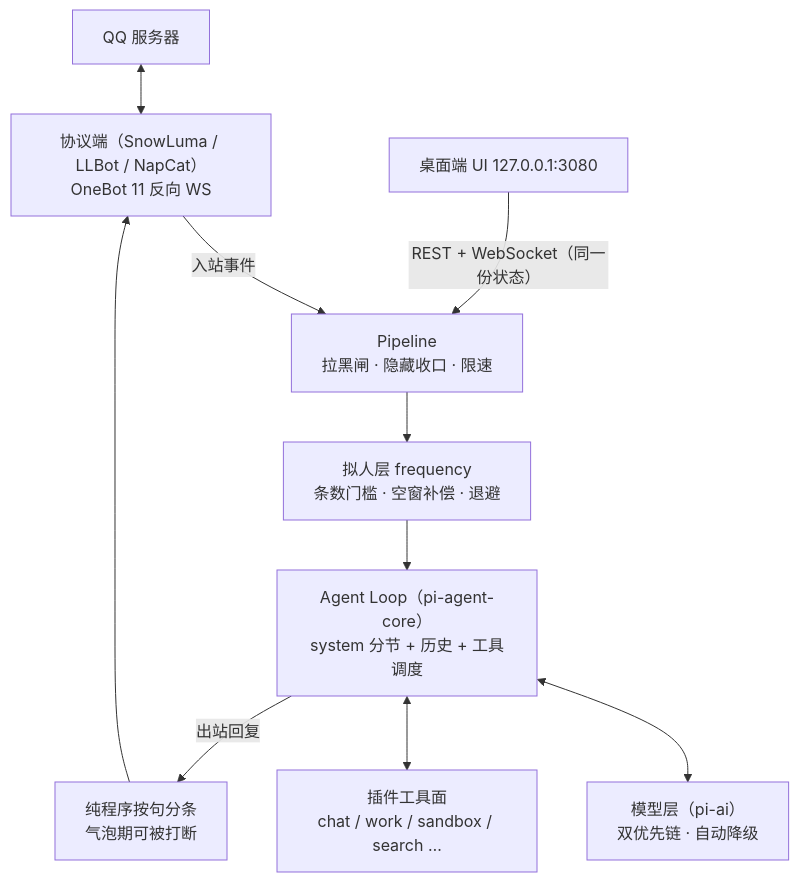
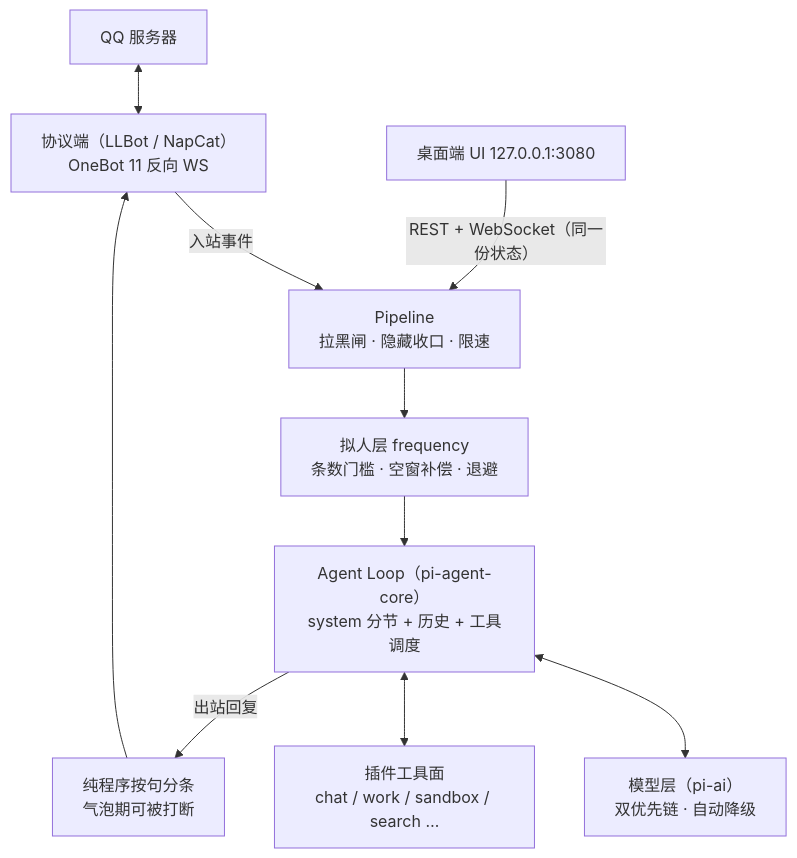
One commit to DDNdles/Parallelbot changed the diagram in README.md. Above: the diagram before and after it, drawn with Mermaid. The commit also changed other lines of this file and 15 other files, not shown here.

Commit message:
拆除 SnowLuma（默认端回到 LLBot 有头）+ 预期账号不再前置：登哪个就是哪个（适配器本就 expectedQq 为空不设限，账号守卫与快速登录降级为可选）；设置页换端胶囊保留两档；登录门继续显示托管端拦截原因；测试钉独立桌面端口（3080 被真内核占用时不再裸撞）

````diff
--- a/README.md
+++ b/README.md
@@ -140,11 +139,11 @@
 ```mermaid
 flowchart TB
-    QQS["QQ 服务器"] <--> PROTO["协议端（SnowLuma / LLBot / NapCat）<br/>OneBot 11 反向 WS"]
+    QQS["QQ 服务器"] <--> PROTO["协议端（LLBot / NapCat）<br/>OneBot 11 反向 WS"]
     PROTO -- "入站事件" --> PIPE["Pipeline<br/>拉黑闸 · 隐藏收口 · 限速"]
     PIPE --> GATE["拟人层 frequency<br/>条数门槛 · 空窗补偿 · 退避"]
     GATE --> LOOP["Agent Loop（pi-agent-core）<br/>system 分节 + 历史 + 工具调度"]
     LOOP <--> LLM["模型层（pi-ai）<br/>双优先链 · 自动降级"]
     LOOP <--> PLUG["插件工具面<br/>chat / work / sandbox / search …"]
     LOOP -- "出站回复" --> DELIV["纯程序按句分条<br/>气泡期可被打断"] --> PROTO
     UI["桌面端 UI 127.0.0.1:3080"] -- "REST + WebSocket（同一份状态）" --> PIPE
 ```
````
